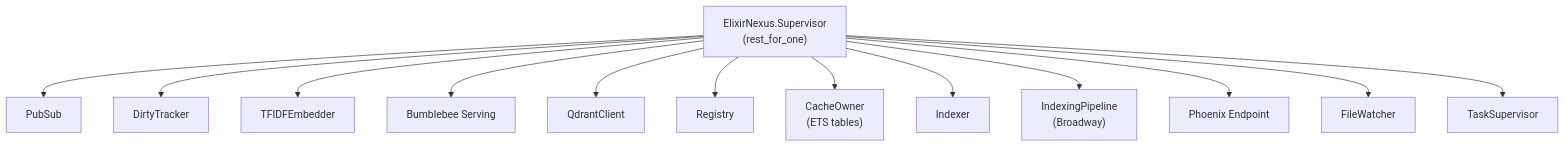
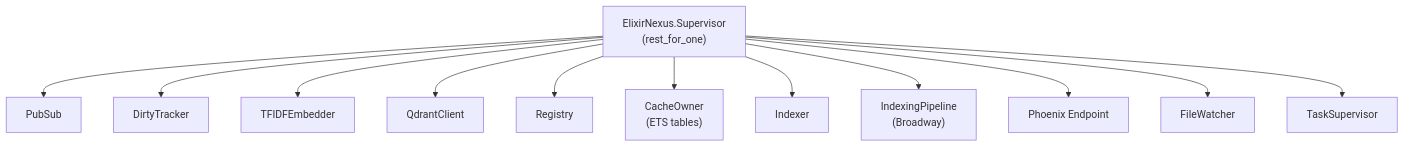
The fourth of 4 diagrams in README.md (iksnerd/code-nexus), drawn with Mermaid before and after one commit. The commit also changed other lines of this file and 1 other file, not shown here.

First line of the commit message:
Fix stale README: Bumblebee→Ollama, fresh benchmarks, add Ruby support

````diff
--- a/README.md
+++ b/README.md
@@ -160,16 +160,15 @@
 ```mermaid
 graph TD
     SUP["ElixirNexus.Supervisor<br/>(rest_for_one)"]
     SUP --> PS["PubSub"]
     SUP --> DT["DirtyTracker"]
     SUP --> TF["TFIDFEmbedder"]
-    SUP --> BB["Bumblebee Serving"]
     SUP --> QC["QdrantClient"]
     SUP --> REG["Registry"]
     SUP --> CO["CacheOwner<br/>(ETS tables)"]
     SUP --> IDX["Indexer"]
     SUP --> IP["IndexingPipeline<br/>(Broadway)"]
     SUP --> EP["Phoenix Endpoint"]
     SUP --> FW["FileWatcher"]
     SUP --> TS["TaskSupervisor"]
 ```
````
